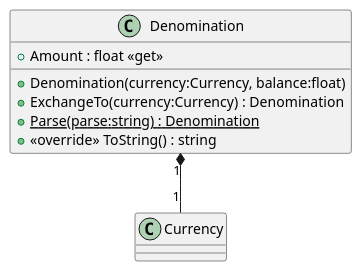
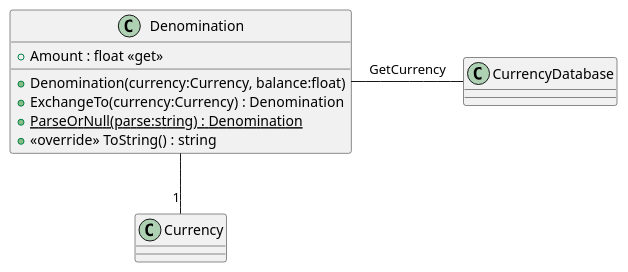
Before and after one commit to john-bartu/cut-oot: the diagram in TM_Lab_1/UMLParts/Denomination.puml, drawn with PlantUML. The commit also changed 8 other files, not shown here.

```diff
--- a/TM_Lab_1/UMLParts/Denomination.puml
+++ b/TM_Lab_1/UMLParts/Denomination.puml
@@ -1,13 +1,14 @@
 @startuml
 class Denomination {
+'    + Currency : Currency <<get>>
     + Denomination(currency:Currency, balance:float)
     + Amount : float <<get>>
-'    + Currency : Currency <<get>>
     + ExchangeTo(currency:Currency) : Denomination
-    + {static} Parse(parse:string) : Denomination
+    + {static} ParseOrNull(parse:string) : Denomination
     + <<override>> ToString() : string
 }
 
 
-Denomination "1" *-- "1" Currency
+Denomination -- "1" Currency
+Denomination - CurrencyDatabase : GetCurrency
 @enduml
```
